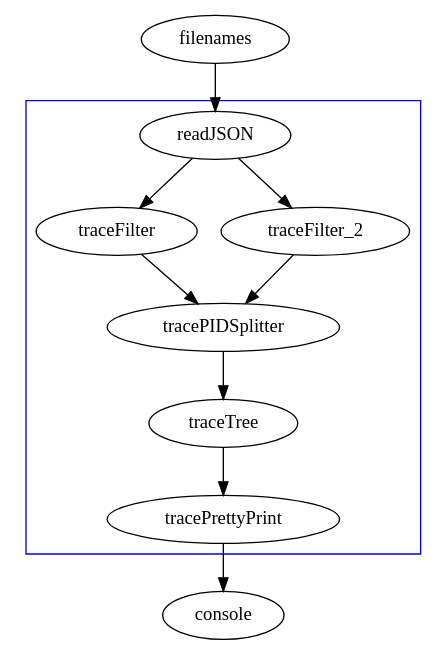
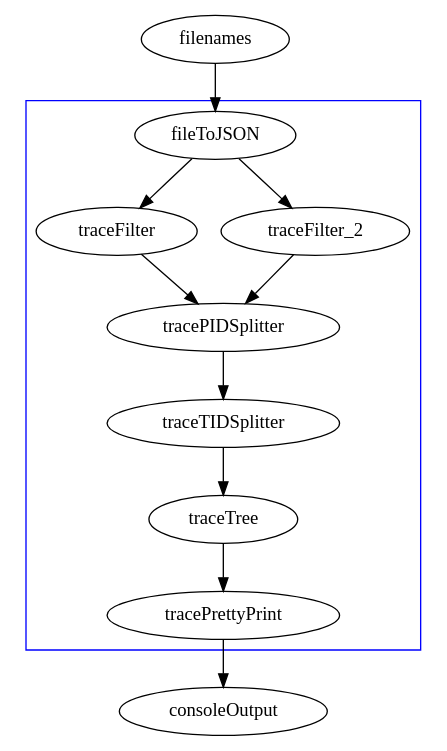
Before and after one commit to googlearchive/erlnmyr: the diagram in trace.dot, drawn with Graphviz. The commit also changed 8 other files, not shown here.

```diff
--- a/trace.dot
+++ b/trace.dot
@@ -1,17 +1,18 @@
 digraph trace {
 
   subgraph cluster0 {
-    readJSON -> {traceFilter_1; traceFilter_2} -> tracePIDSplitter -> traceTree -> tracePrettyPrint;
+    fileToJSON -> {traceFilter_1; traceFilter_2} -> tracePIDSplitter -> traceTIDSplitter -> traceTree -> tracePrettyPrint;
     color=blue;
+    strategy=pipeline;
   }
 
-  filenames -> readJSON;
-  tracePrettyPrint -> console;
+  filenames -> fileToJSON;
+  tracePrettyPrint -> consoleOutput;
 
-  filenames [RE="*.trace.json"];
+  filenames [RE=".*.trace.json"];
 
   traceFilter_1 [label="traceFilter", traceEvents="['Document::updateStyle','V8.Execute','CSSParserImpl::parseStyleSheet']"];
   traceFilter_2 [stage="traceFilter"];
 
   tracePrettyPrint [showTrace="false"];
 }
```
